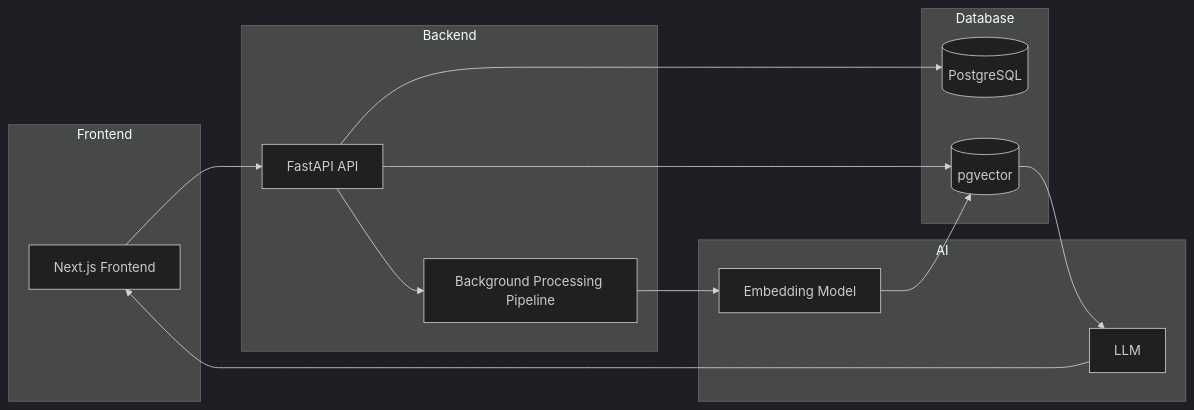
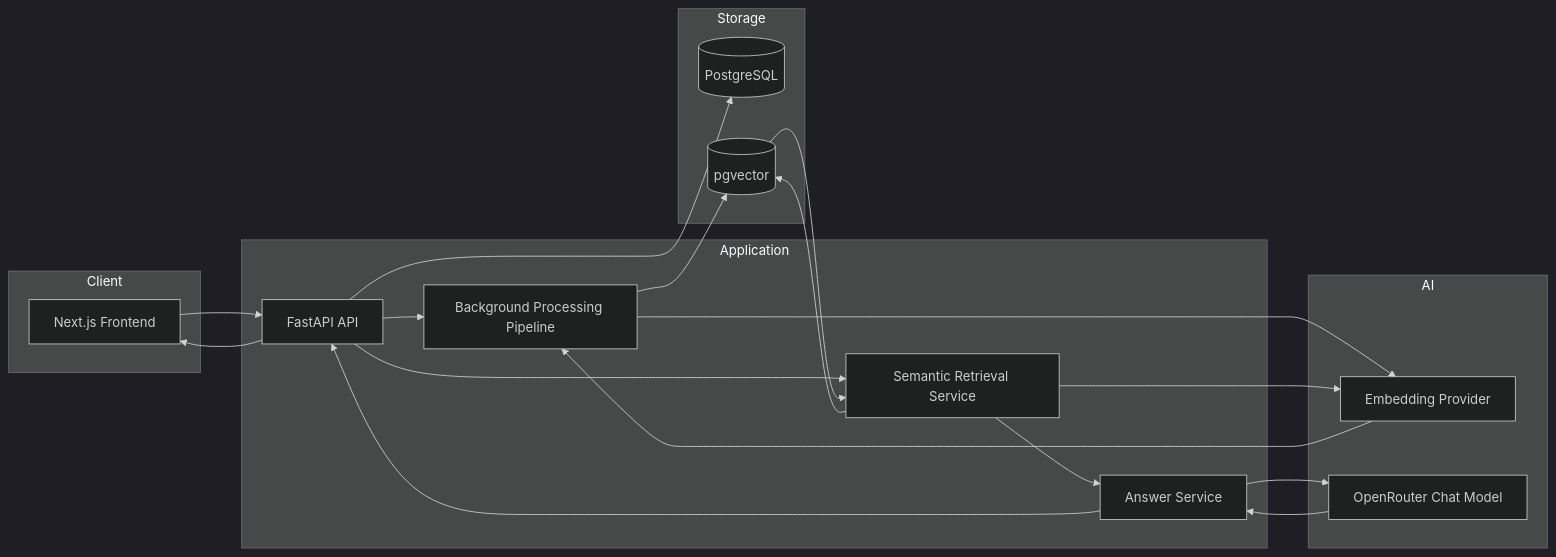
One commit to lois2inn/AI-Document-Intelligence-Platform changed the first of 3 diagrams in README.md. Above: the diagram before and after it, drawn with Mermaid (dark theme). The commit also changed other lines of this file, not shown here.

````diff
--- a/README.md
+++ b/README.md
@@ -78,38 +78,43 @@
 ```mermaid
 flowchart LR
 
-subgraph Frontend
+subgraph Client
     UI[Next.js Frontend]
 end
 
-subgraph Backend
+subgraph Application
     API[FastAPI API]
     PIPE[Background Processing Pipeline]
+    RETRIEVE[Semantic Retrieval Service]
+    ANSWER[Answer Service]
 end
 
-subgraph Database
-    DOCS[(PostgreSQL)]
-    VEC[(pgvector)]
+subgraph Storage
+    DB[(PostgreSQL)]
+    VECTOR[(pgvector)]
 end
 
 subgraph AI
-    EMB[Embedding Model]
-    CHAT[LLM]
+    EMBED[Embedding Provider]
+    LLM[OpenRouter Chat Model]
 end
 
 UI --> API
-
-API --> DOCS
-
+API --> DB
 API --> PIPE
 
-PIPE --> EMB
+PIPE --> EMBED
+EMBED --> PIPE
+PIPE --> VECTOR
 
-EMB --> VEC
+API --> RETRIEVE
+RETRIEVE --> EMBED
+RETRIEVE --> VECTOR
+VECTOR --> RETRIEVE
 
-API --> VEC
-
-VEC --> CHAT
-
-CHAT --> UI
+RETRIEVE --> ANSWER
+ANSWER --> LLM
+LLM --> ANSWER
+ANSWER --> API
+API --> UI
 ```
````
